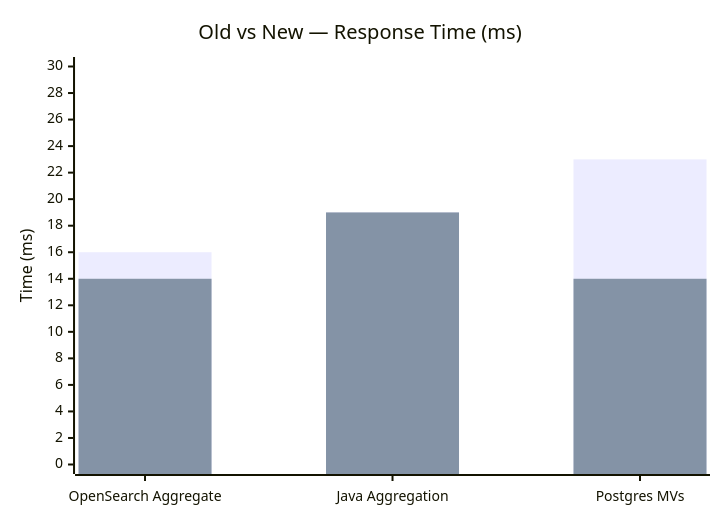
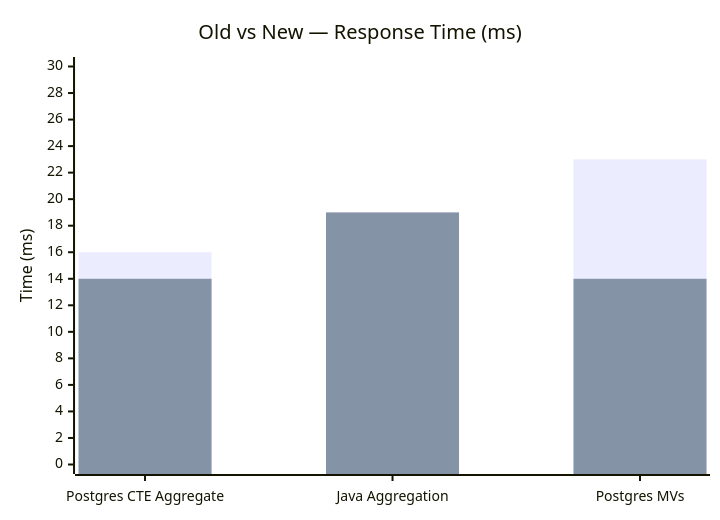
One commit to santhoshkumar-nk/openSearchToPostGres-poc changed the second of 2 diagrams in docs/performance-comparison.md. Above: the diagram before and after it, drawn with Mermaid. The commit also changed other lines of this file and 2 other files, not shown here.

````diff
--- a/docs/performance-comparison.md
+++ b/docs/performance-comparison.md
@@ -151,8 +153,8 @@
 ```mermaid
 xychart-beta
     title "Old vs New — Response Time (ms)"
-    x-axis ["OpenSearch Aggregate", "Java Aggregation", "Postgres MVs"]
+    x-axis ["Postgres CTE Aggregate", "Java Aggregation", "Postgres MVs"]
     y-axis "Time (ms)" 0 --> 30
     bar "Old" [16, 19, 23]
     bar "New" [14, 19, 14]
 ```
````
